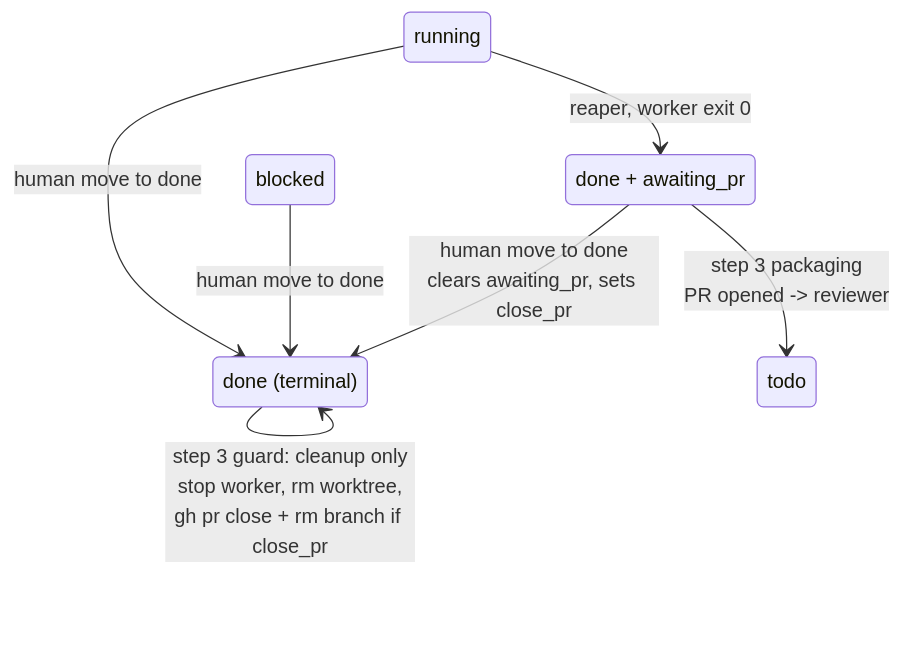
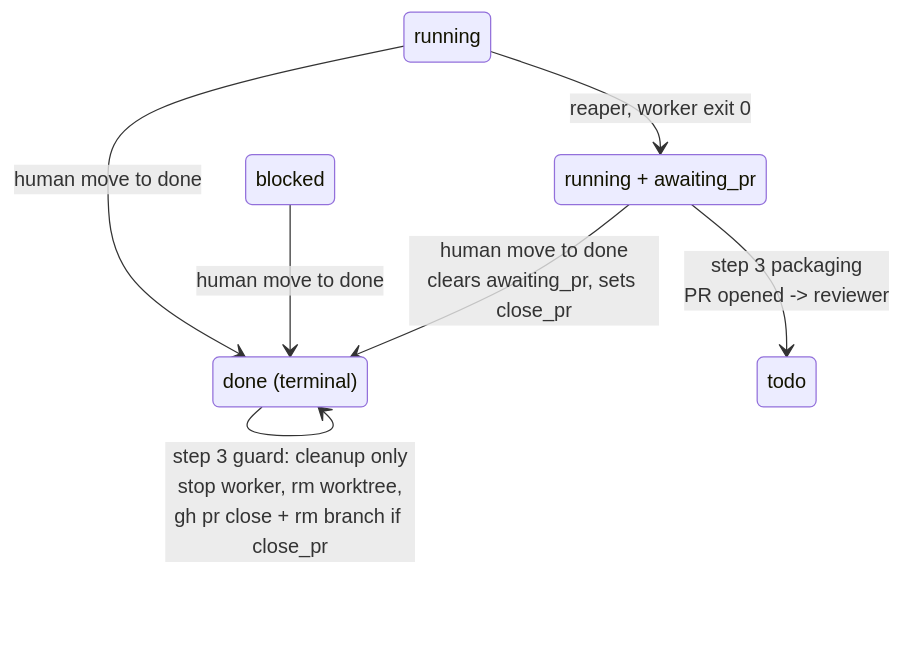
Before and after one commit to hotcode-dev/zerofactory: the eighth of 11 diagrams in docs/FLOWS.md, drawn with Mermaid. The commit also changed other lines of this file and 11 other files, not shown here.

````diff
--- a/docs/FLOWS.md
+++ b/docs/FLOWS.md
@@ -346,13 +346,13 @@
 ```mermaid
 stateDiagram-v2
-    state "done + awaiting_pr" as AW
+    state "running + awaiting_pr" as AW
     state "done (terminal)" as TERM
 
     running --> AW: reaper, worker exit 0
     AW --> todo: step 3 packaging<br/>PR opened -> reviewer
     running --> TERM: human move to done
     blocked --> TERM: human move to done
     AW --> TERM: human move to done<br/>clears awaiting_pr, sets close_pr
 
     TERM --> TERM: step 3 guard: cleanup only<br/>stop worker, rm worktree,<br/>gh pr close + rm branch if close_pr
 ```
````
